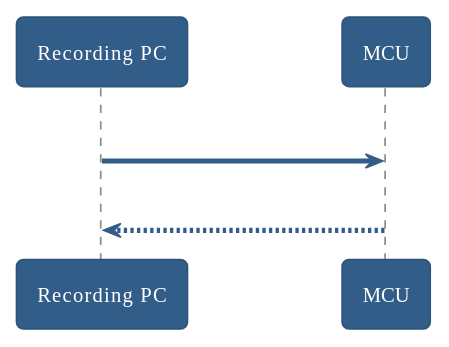
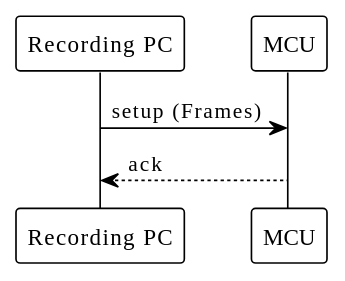
Before and after one commit to padok/jarvis-docs: the first of 7 diagrams in docs/developer_documentation/9_trigger.md, drawn with PlantUML. The commit also changed other lines of this file and 3 other files, not shown here.

Commit message:
plantuml poor mans dark mode

````diff
--- a/docs/developer_documentation/9_trigger.md
+++ b/docs/developer_documentation/9_trigger.md
@@ -68,7 +68,10 @@
-```plantuml
+```plantuml width="400px"
 @startuml
-!theme sandstone
+!theme plain
+skinparam backgroundColor transparent
+
+
 "Recording PC" -> MCU: setup (Frames)
 "Recording PC" <-- MCU: ack
 @enduml
 ```
````
